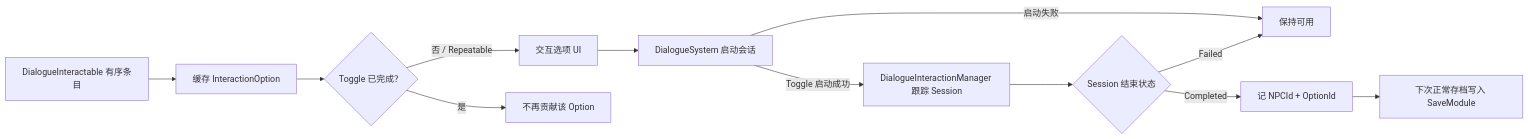
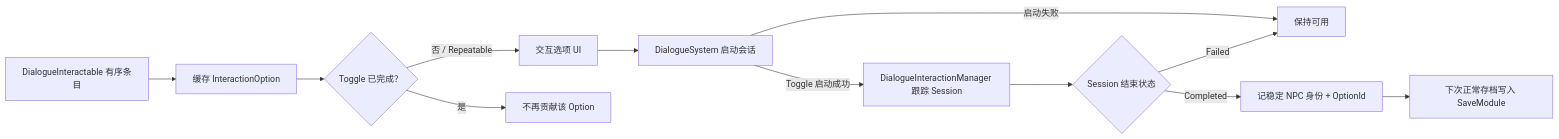
Before and after one commit to Whitesheeeep/3DRPG: diagram 11 of 11 in Assets/Scripts/DialogueSystem/DialogueSystem_Requirements.md, drawn with Mermaid. The commit also changed other lines of this file and 22 other files, not shown here.

````diff
--- a/Assets/Scripts/DialogueSystem/DialogueSystem_Requirements.md
+++ b/Assets/Scripts/DialogueSystem/DialogueSystem_Requirements.md
@@ -928,14 +929,14 @@
 ```mermaid
 flowchart LR
     Entries["DialogueInteractable 有序条目"] --> Provider["缓存 InteractionOption"]
     Provider --> Filter{"Toggle 已完成？"}
     Filter -->|否 / Repeatable| UI["交互选项 UI"]
     Filter -->|是| Hide["不再贡献该 Option"]
     UI --> Start["DialogueSystem 启动会话"]
     Start -->|启动失败| Retry["保持可用"]
     Start -->|Toggle 启动成功| Track["DialogueInteractionManager 跟踪 Session"]
     Track --> End{"Session 结束状态"}
-    End -->|Completed| Save["记 NPCId + OptionId"]
+    End -->|Completed| Save["记稳定 NPC 身份 + OptionId"]
     End -->|Failed| Retry
     Save --> Snapshot["下次正常存档写入 SaveModule"]
 ```
````
